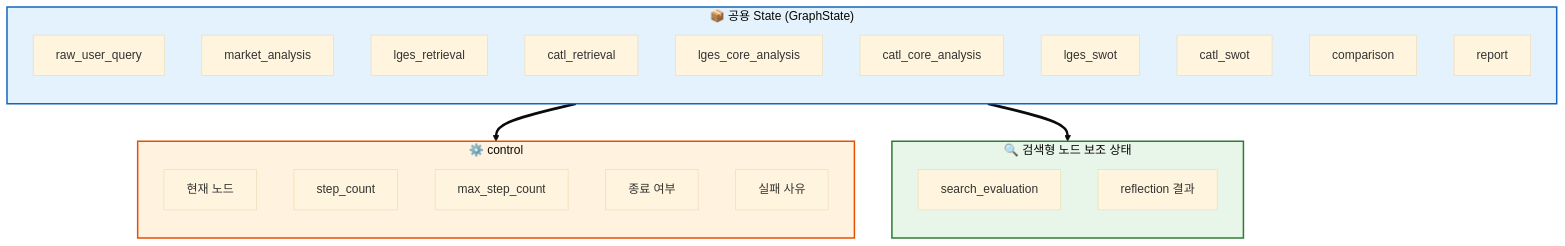
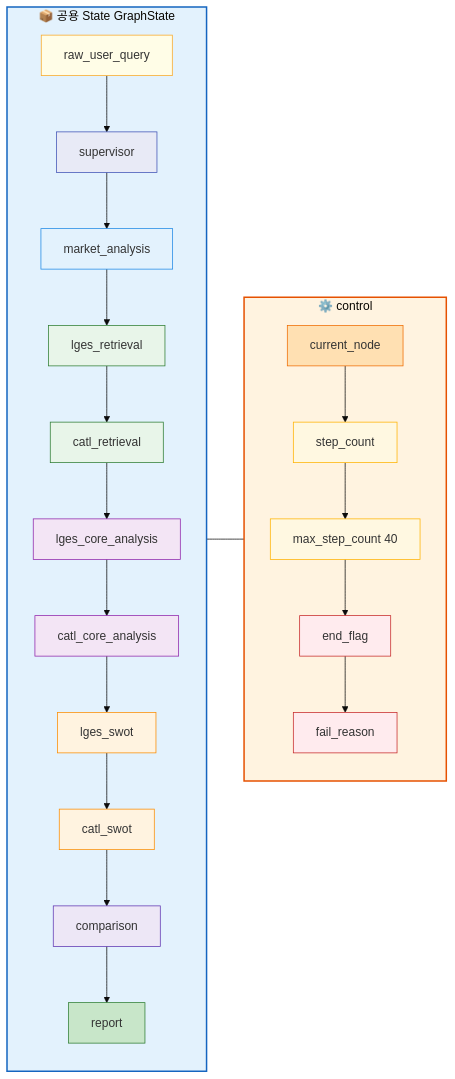
The first of 2 diagrams in 설계산출물.md (SKALA-AI-MiniProject/Battery-Market-Strategy-Analysis-Agent), drawn with Mermaid (base theme) before and after one commit. The commit also changed other lines of this file, not shown here.

````diff
--- a/설계산출물.md
+++ b/설계산출물.md
@@ -102,38 +92,39 @@
 ```mermaid
-flowchart TB
-    subgraph GraphState["📦 공용 State (GraphState)"]
+flowchart LR
+    subgraph GraphState[📦 공용 State GraphState]
         direction TB
-        user_query["raw_user_query"]
-        market_context["market_analysis"]
-        lges_retrieval["lges_retrieval"]
-        catl_retrieval["catl_retrieval"]
-        lges_core["lges_core_analysis"]
-        catl_core["catl_core_analysis"]
-        lges_swot["lges_swot"]
-        catl_swot["catl_swot"]
-        comparative["comparison"]
-        report["report"]
+        raw_user_query[raw_user_query] --> supervisor[supervisor] --> market_analysis[market_analysis] --> lges_retrieval[lges_retrieval] --> catl_retrieval[catl_retrieval] --> lges_core_analysis[lges_core_analysis] --> catl_core_analysis[catl_core_analysis] --> lges_swot[lges_swot] --> catl_swot[catl_swot] --> comparison[comparison] --> report[report]
     end
 
-    subgraph control["⚙️ control"]
+    subgraph control[⚙️ control]
         direction TB
-        current_node["현재 노드"]
-        step_count["step_count"]
-        max_step["max_step_count"]
-        end_flag["종료 여부"]
-        fail_reason["실패 사유"]
+        current_node[current_node] --> step_count[step_count] --> max_step_count[max_step_count 40] --> end_flag[end_flag] --> fail_reason[fail_reason]
     end
 
-    subgraph search_aux["🔍 검색형 노드 보조 상태"]
-        direction TB
-        search_eval["search_evaluation"]
-        reflection["reflection 결과"]
-    end
+    GraphState --- control
 
-    GraphState ==> control
-    GraphState ==> search_aux
-
+    %% 그룹 스타일
     style GraphState fill:#e3f2fd,stroke:#1565c0,stroke-width:2px
     style control fill:#fff3e0,stroke:#e65100,stroke-width:2px
-    style search_aux fill:#e8f5e9,stroke:#2e7d32,stroke-width:2px
+
+    %% 노드 타입별 색상
+    style raw_user_query fill:#fffde7,stroke:#f9a825
+    style supervisor fill:#e8eaf6,stroke:#3f51b5
+
+    style market_analysis fill:#e3f2fd,stroke:#1e88e5
+    style lges_retrieval fill:#e8f5e9,stroke:#2e7d32
+    style catl_retrieval fill:#e8f5e9,stroke:#2e7d32
+    style lges_core_analysis fill:#f3e5f5,stroke:#8e24aa
+    style catl_core_analysis fill:#f3e5f5,stroke:#8e24aa
+
+    style lges_swot fill:#fff3e0,stroke:#fb8c00
+    style catl_swot fill:#fff3e0,stroke:#fb8c00
+    style comparison fill:#ede7f6,stroke:#5e35b1
+    style report fill:#c8e6c9,stroke:#2e7d32
+
+    style current_node fill:#ffe0b2,stroke:#ef6c00
+    style step_count fill:#fff8e1,stroke:#ffb300
+    style max_step_count fill:#fff8e1,stroke:#ffb300
+    style end_flag fill:#ffebee,stroke:#c62828
+    style fail_reason fill:#ffebee,stroke:#c62828
 ```
````
